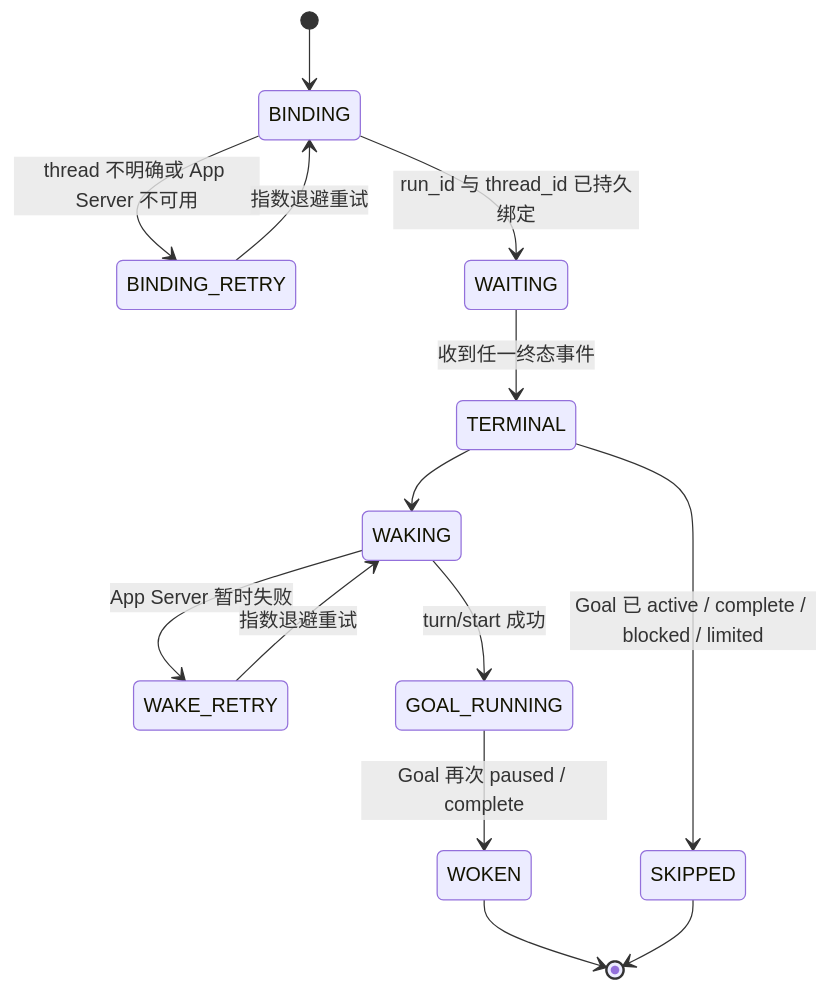
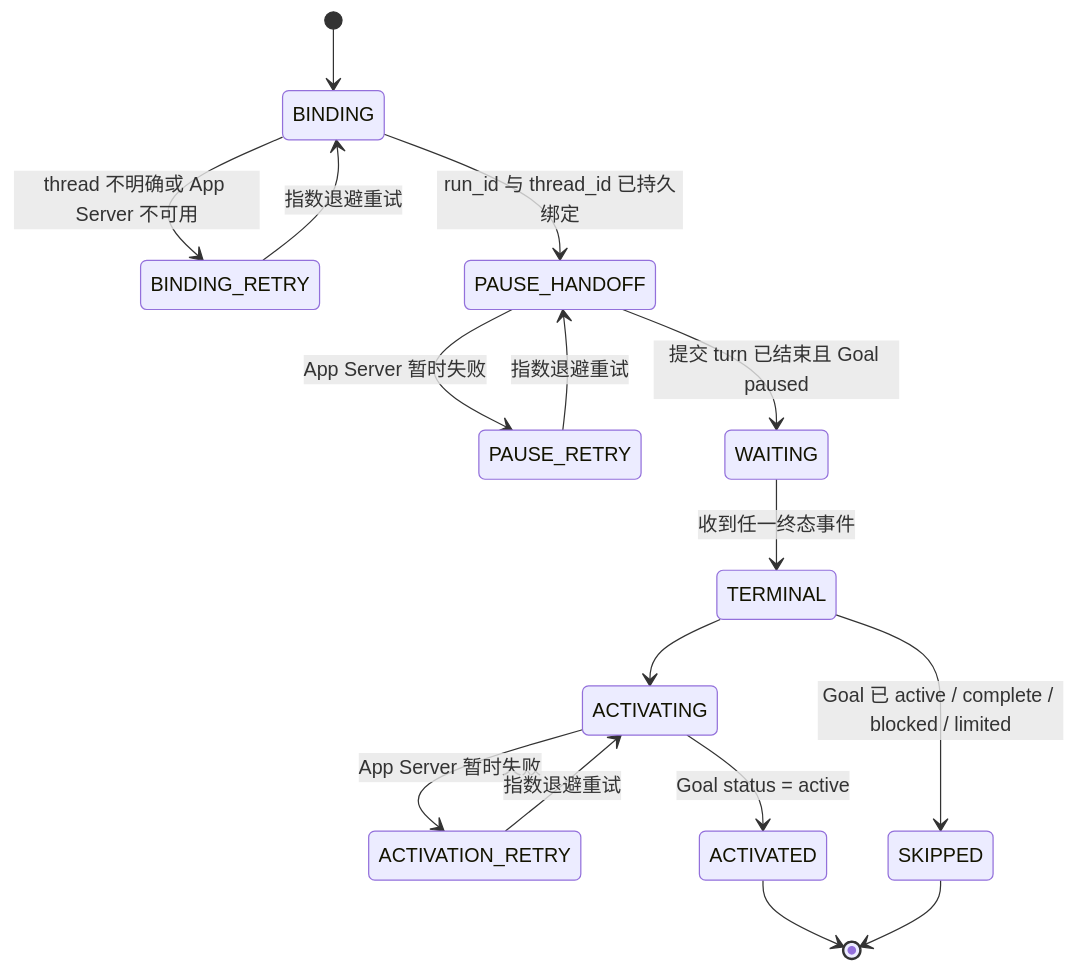
The fourth of 4 diagrams in docs/CODEX_AUTO_RESEARCH_AGENT_DESIGN.md (dollarser/codex-auto-research), drawn with Mermaid before and after one commit. The commit also changed other lines of this file and 21 other files, not shown here.

````diff
--- a/docs/CODEX_AUTO_RESEARCH_AGENT_DESIGN.md
+++ b/docs/CODEX_AUTO_RESEARCH_AGENT_DESIGN.md
@@ -144,16 +182,18 @@
 ```mermaid
 stateDiagram-v2
     [*] --> BINDING
     BINDING --> BINDING_RETRY: thread 不明确或 App Server 不可用
     BINDING_RETRY --> BINDING: 指数退避重试
-    BINDING --> WAITING: run_id 与 thread_id 已持久绑定
+    BINDING --> PAUSE_HANDOFF: run_id 与 thread_id 已持久绑定
+    PAUSE_HANDOFF --> PAUSE_RETRY: App Server 暂时失败
+    PAUSE_RETRY --> PAUSE_HANDOFF: 指数退避重试
+    PAUSE_HANDOFF --> WAITING: 提交 turn 已结束且 Goal paused
     WAITING --> TERMINAL: 收到任一终态事件
-    TERMINAL --> WAKING
-    WAKING --> WAKE_RETRY: App Server 暂时失败
-    WAKE_RETRY --> WAKING: 指数退避重试
-    WAKING --> GOAL_RUNNING: turn/start 成功
-    GOAL_RUNNING --> WOKEN: Goal 再次 paused / complete
+    TERMINAL --> ACTIVATING
+    ACTIVATING --> ACTIVATION_RETRY: App Server 暂时失败
+    ACTIVATION_RETRY --> ACTIVATING: 指数退避重试
+    ACTIVATING --> ACTIVATED: Goal status = active
     TERMINAL --> SKIPPED: Goal 已 active / complete / blocked / limited
-    WOKEN --> [*]
+    ACTIVATED --> [*]
     SKIPPED --> [*]
 ```
````
